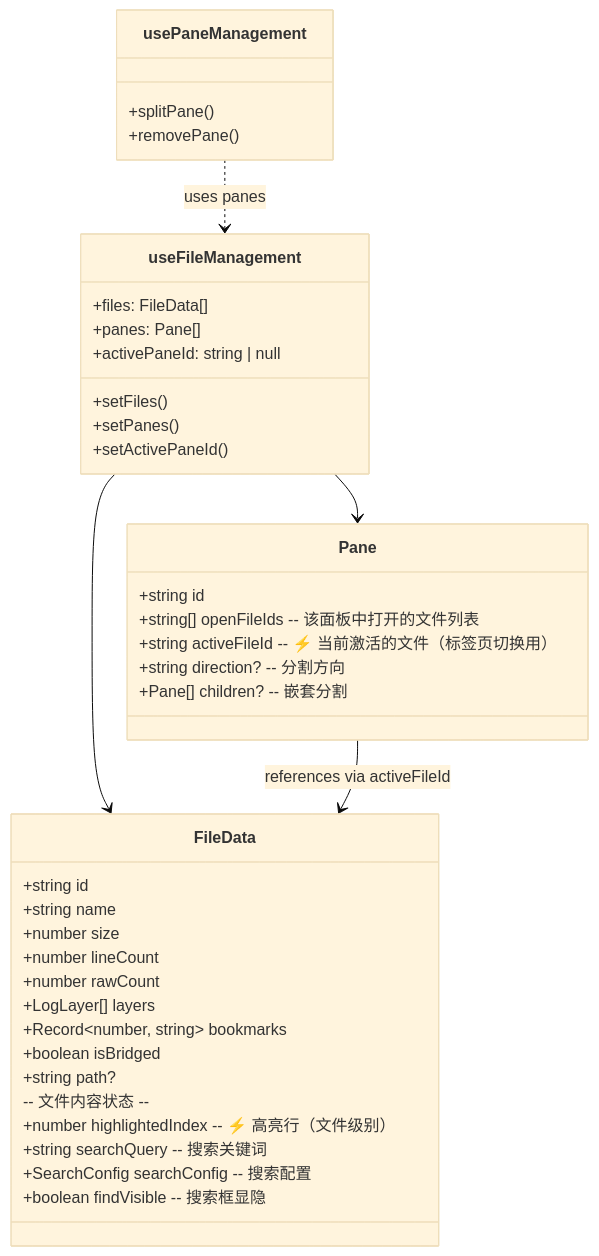
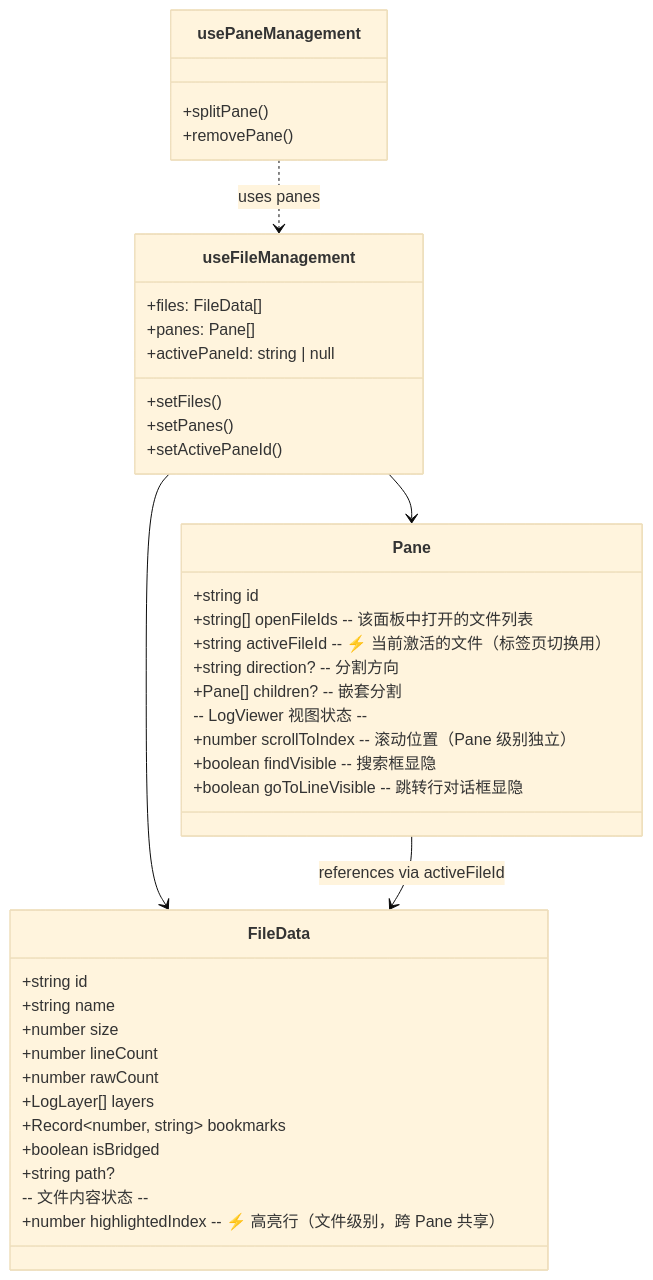
One commit to qmjianda/loglayer changed the ninth of 25 diagrams in megatron_mermaid.md. Above: the diagram before and after it, drawn with Mermaid (base theme). The commit also changed other lines of this file and 1 other file, not shown here.

First line of the commit message:
feat: 每个 Pane 独立滚动位置

````diff
--- a/megatron_mermaid.md
+++ b/megatron_mermaid.md
@@ -580,46 +580,47 @@
 ```mermaid
 classDiagram
     class useFileManagement {
         +files: FileData[]
         +panes: Pane[]
         +activePaneId: string | null
         +setFiles()
         +setPanes()
         +setActivePaneId()
     }
     
     class usePaneManagement {
         +splitPane()
         +removePane()
     }
     
     class FileData {
         +string id
         +string name
         +number size
         +number lineCount
         +number rawCount
         +LogLayer[] layers
         +Record~number, string~ bookmarks
         +boolean isBridged
         +string path?
         -- 文件内容状态 --
-        +number highlightedIndex    -- ⚡ 高亮行（文件级别）
-        +string searchQuery         -- 搜索关键词
-        +SearchConfig searchConfig  -- 搜索配置
-        +boolean findVisible        -- 搜索框显隐
+        +number highlightedIndex    -- ⚡ 高亮行（文件级别，跨 Pane 共享）
     }
     
     class Pane {
         +string id
         +string[] openFileIds        -- 该面板中打开的文件列表
         +string activeFileId         -- ⚡ 当前激活的文件（标签页切换用）
         +string direction?           -- 分割方向
         +Pane[] children?            -- 嵌套分割
+        -- LogViewer 视图状态 --
+        +number scrollToIndex       -- 滚动位置（Pane 级别独立）
+        +boolean findVisible        -- 搜索框显隐
+        +boolean goToLineVisible    -- 跳转行对话框显隐
     }
     
     useFileManagement --> FileData
     useFileManagement --> Pane
     usePaneManagement ..> useFileManagement : uses panes
     Pane --> FileData : references via activeFileId
 ```
````
